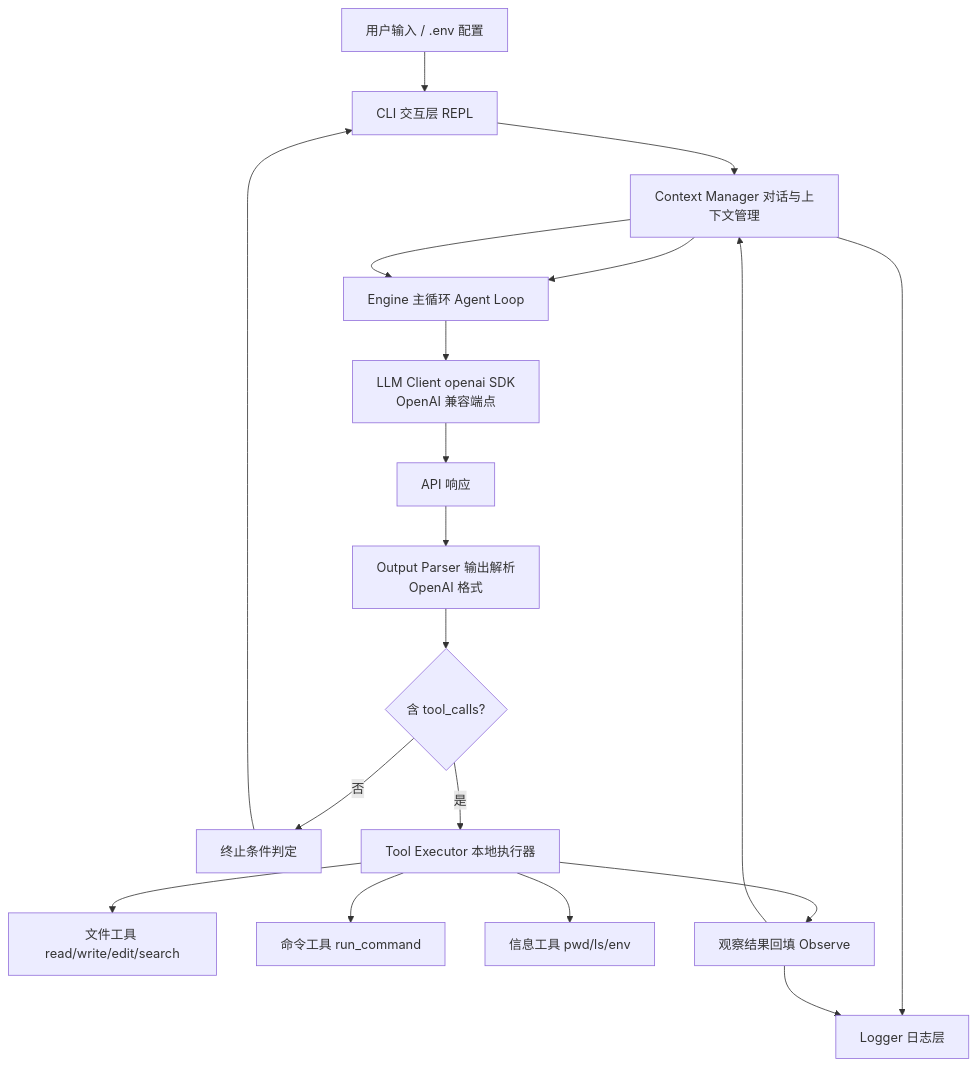
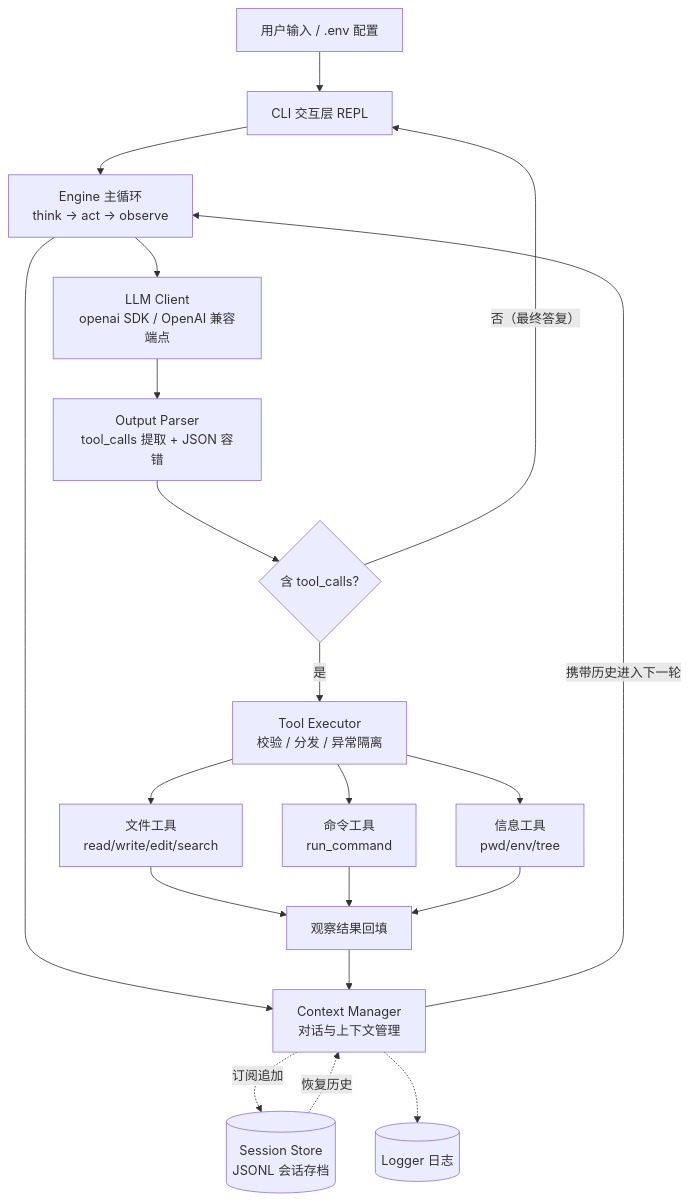
Before and after one commit to ISDHN/cyent: the first of 2 diagrams in Design.md, drawn with Mermaid. The commit also changed other lines of this file and 13 other files, not shown here.

````diff
--- a/Design.md
+++ b/Design.md
@@ -24,21 +17,22 @@
 ```mermaid
 flowchart TD
     U[用户输入 / .env 配置] --> UI[CLI 交互层 REPL]
-    UI --> CTX[Context Manager 对话与上下文管理]
-    CTX --> LOG[Logger 日志层]
-    CTX --> ENG[Engine 主循环 Agent Loop]
-    ENG --> LLM[LLM Client openai SDK<br/>OpenAI 兼容端点]
-    LLM --> RES[API 响应]
-    RES --> PARSER[Output Parser 输出解析<br/>OpenAI 格式]
+    UI --> ENG[Engine 主循环<br/>think → act → observe]
+    ENG --> CTX[Context Manager<br/>对话与上下文管理]
+    ENG --> LLM[LLM Client<br/>openai SDK / OpenAI 兼容端点]
+    LLM --> PARSER[Output Parser<br/>tool_calls 提取 + JSON 容错]
     PARSER --> DEC{含 tool_calls?}
-    DEC -- 否 --> TERM[终止条件判定]
-    TERM --> UI
-    DEC -- 是 --> EXEC[Tool Executor 本地执行器]
-    EXEC --> FILE[文件工具 read/write/edit/search]
-    EXEC --> CMD[命令工具 run_command]
-    EXEC --> INFO[信息工具 pwd/ls/env]
-    EXEC --> OBS[观察结果回填 Observe]
-    OBS --> LOG
+    DEC -- 否（最终答复） --> UI
+    DEC -- 是 --> EXEC[Tool Executor<br/>校验 / 分发 / 异常隔离]
+    EXEC --> FILE[文件工具<br/>read/write/edit/search]
+    EXEC --> CMD[命令工具<br/>run_command]
+    EXEC --> INFO[信息工具<br/>pwd/env/tree]
+    FILE --> OBS[观察结果回填]
+    CMD --> OBS
+    INFO --> OBS
     OBS --> CTX
-    CTX --> ENG
+    CTX -->|携带历史进入下一轮| ENG
+    CTX -.->|订阅追加| SESS[(Session Store<br/>JSONL 会话存档)]
+    SESS -.->|恢复历史| CTX
+    CTX -.-> LOG[(Logger 日志)]
 ```
````
